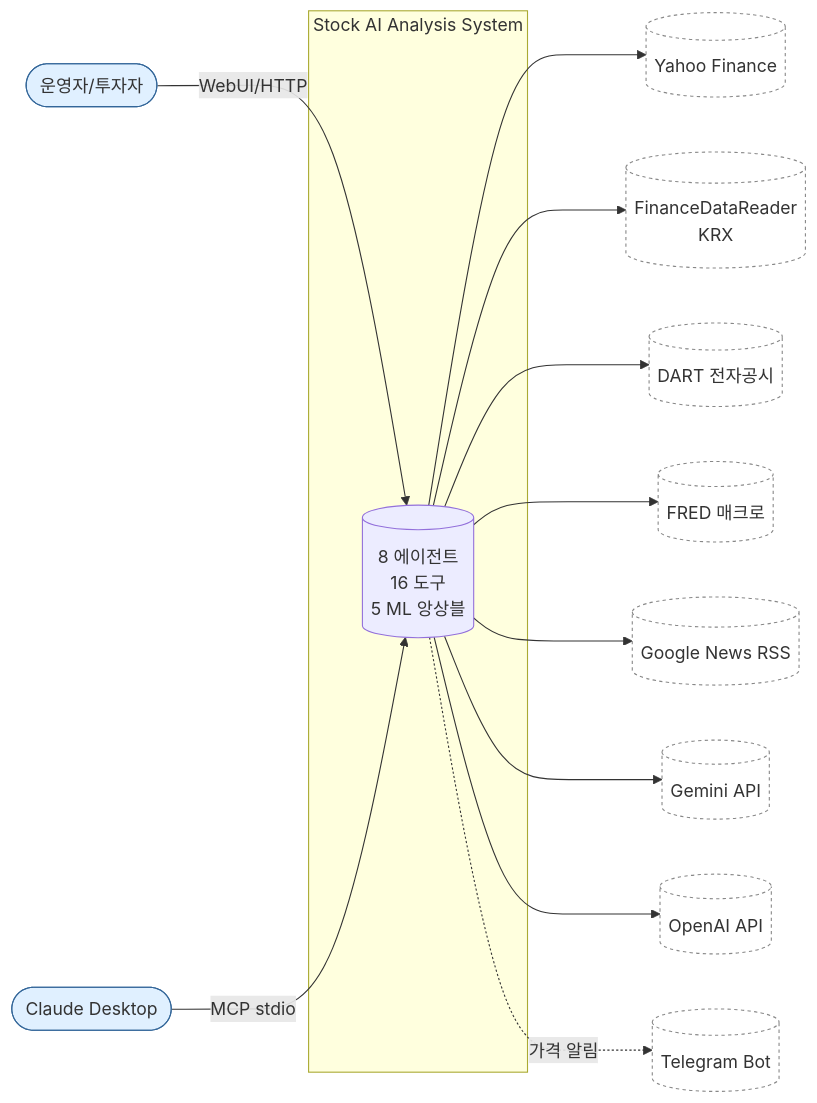
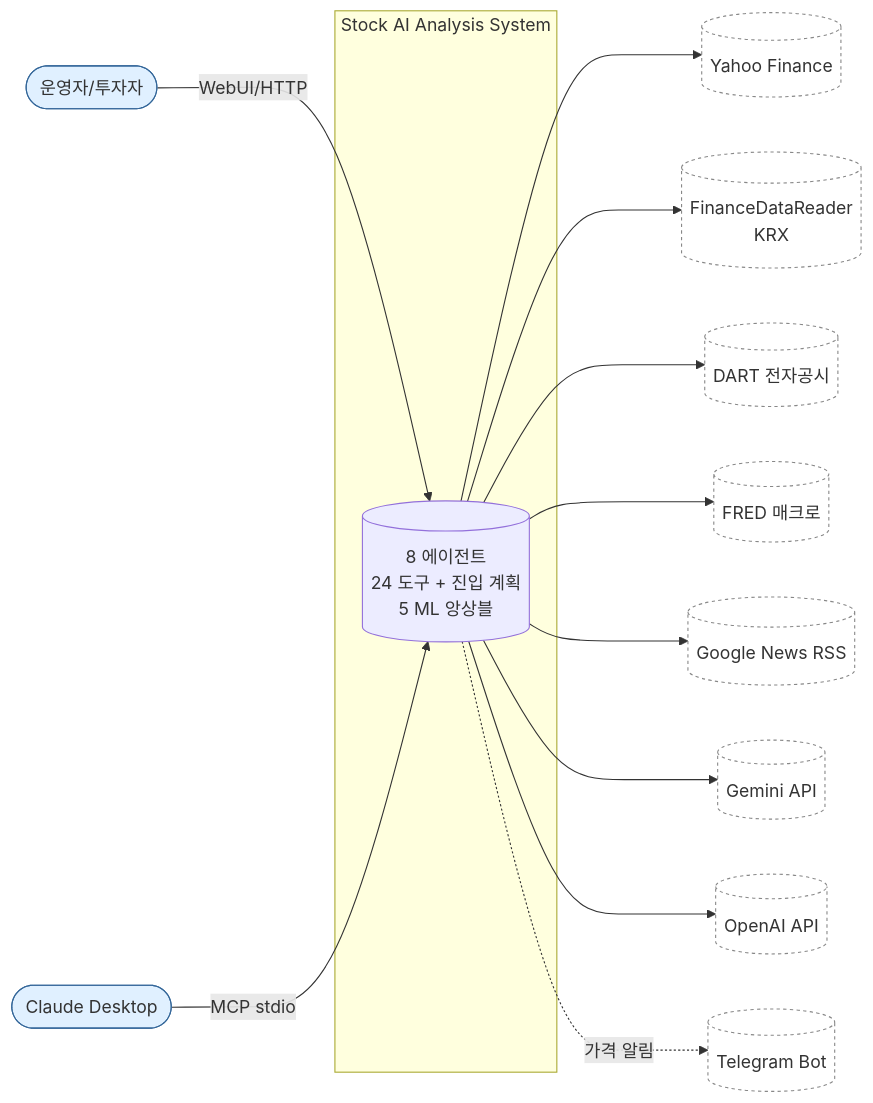
One commit to hsp1978/stock_ai changed the first of 8 diagrams in docs/ARCHITECTURE_BRIEF.md. Above: the diagram before and after it, drawn with Mermaid. The commit also changed other lines of this file and 28 other files, not shown here.

````diff
--- a/docs/ARCHITECTURE_BRIEF.md
+++ b/docs/ARCHITECTURE_BRIEF.md
@@ -42,32 +42,32 @@
 ```mermaid
 flowchart LR
     user([운영자/투자자]):::user
     cd([Claude Desktop]):::user
 
     subgraph stockAuto[Stock AI Analysis System]
-        sys[(8 에이전트<br/>16 도구<br/>5 ML 앙상블)]
+        sys[(8 에이전트<br/>24 도구 + 진입 계획<br/>5 ML 앙상블)]
     end
 
     yf[(Yahoo Finance)]:::ext
     fdr[(FinanceDataReader<br/>KRX)]:::ext
     dart[(DART 전자공시)]:::ext
     fred[(FRED 매크로)]:::ext
     news[(Google News RSS)]:::ext
     gemini[(Gemini API)]:::ext
     openai[(OpenAI API)]:::ext
     tg[(Telegram Bot)]:::ext
 
     user -- WebUI/HTTP --> sys
     cd -- MCP stdio --> sys
     sys --> yf
     sys --> fdr
     sys --> dart
     sys --> fred
     sys --> news
     sys --> gemini
     sys --> openai
     sys -. 가격 알림 .-> tg
 
     classDef ext fill:#fff,stroke:#888,stroke-dasharray:3 3;
     classDef user fill:#e0f0ff,stroke:#369;
 ```
````
